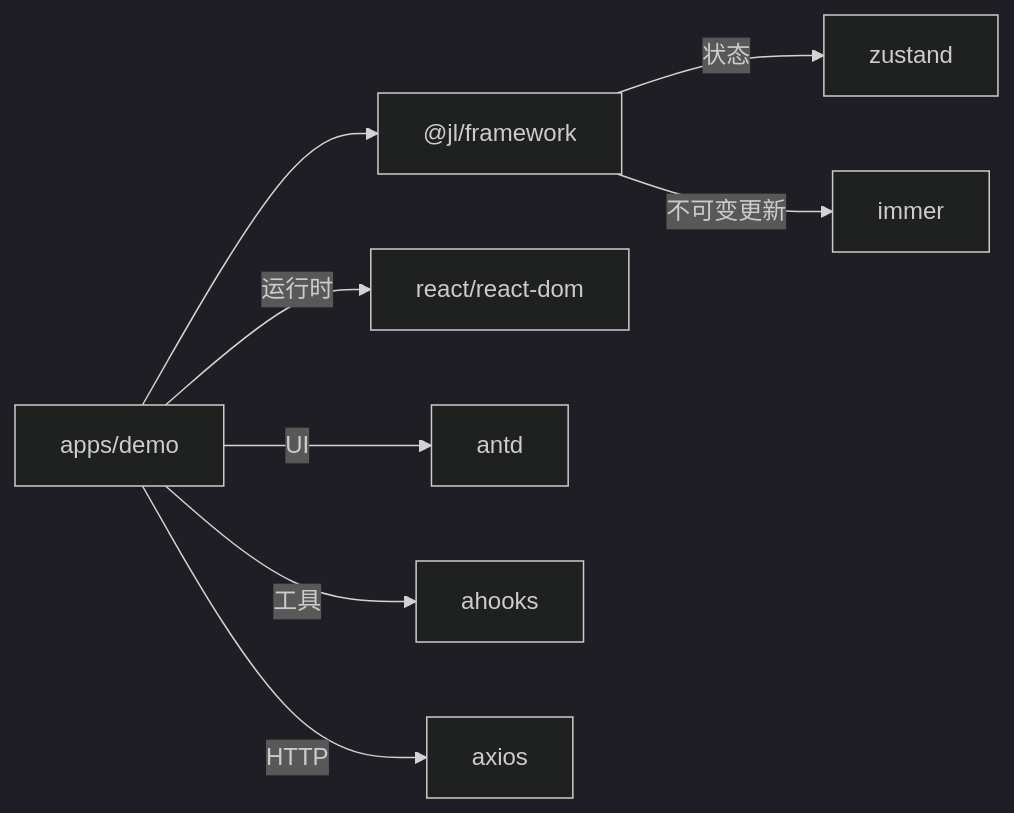
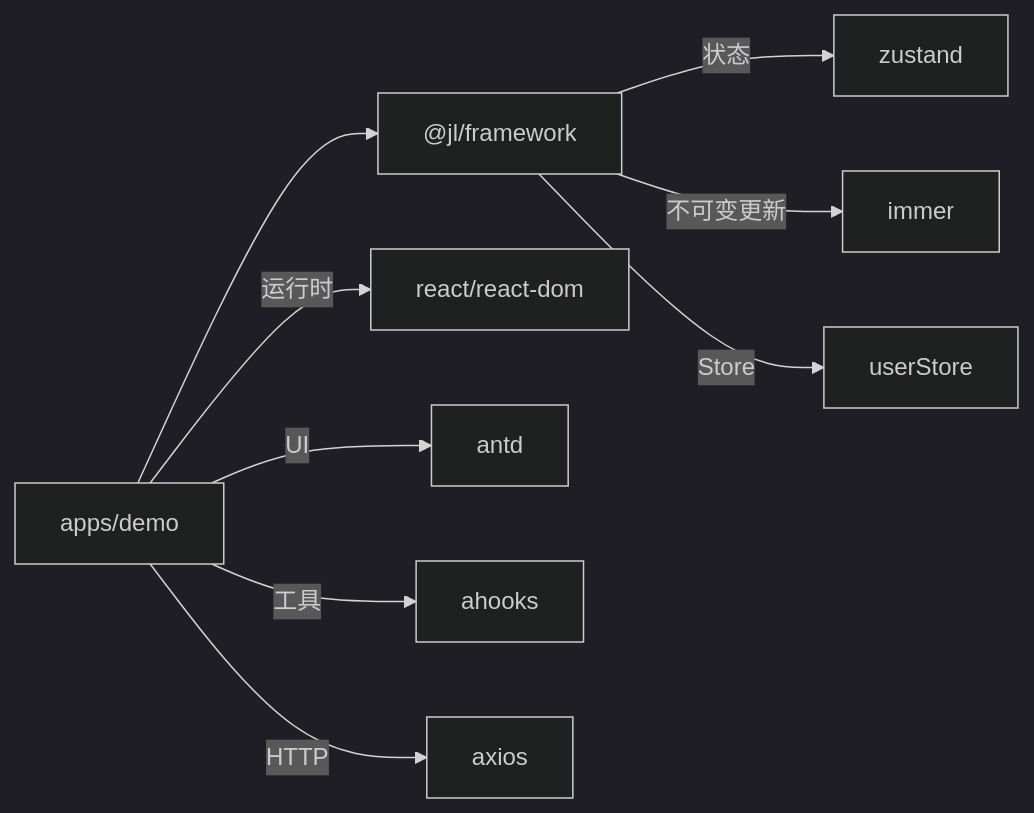
Before and after one commit to liqiongke/FrontArk: the fourth of 4 diagrams in .qoder/repowiki/zh/content/架构设计/组件化架构/组件开发规范.md, drawn with Mermaid (dark theme). The commit also changed other lines of this file and 25 other files, not shown here.

````diff
--- a/.qoder/repowiki/zh/content/架构设计/组件化架构/组件开发规范.md
+++ b/.qoder/repowiki/zh/content/架构设计/组件化架构/组件开发规范.md
@@ -190,10 +377,11 @@
 ```mermaid
 graph LR
 Demo["apps/demo"] --> FR["@jl/framework"]
 Demo --> |运行时| React["react/react-dom"]
 Demo --> |UI| Antd["antd"]
 Demo --> |工具| Ahooks["ahooks"]
 Demo --> |HTTP| Axios["axios"]
 FR --> |状态| Zustand["zustand"]
 FR --> |不可变更新| Immer["immer"]
+FR --> |Store| UserStore["userStore"]
 ```
````
